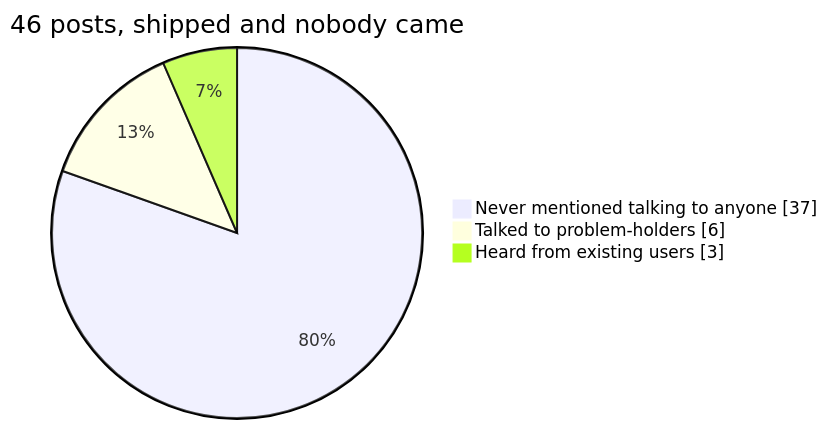
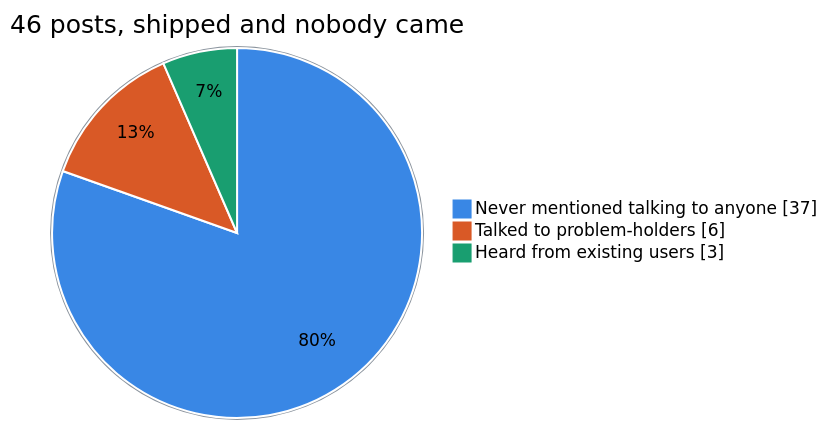
Before and after one commit to haabe/mycelium: the first of 2 diagrams in README.md, drawn with Mermaid. The commit also changed 4 other files, not shown here.

````diff
--- a/README.md
+++ b/README.md
@@ -17,7 +17,8 @@
 ```mermaid
+%%{init: {"themeVariables": {"pie1": "#3987e5", "pie2": "#d95926", "pie3": "#199e70", "pieOpacity": "1", "pieStrokeColor": "#ffffff", "pieStrokeWidth": "2px", "pieOuterStrokeColor": "#8b949e", "pieOuterStrokeWidth": "2px", "pieSectionTextColor": "#000000"}}}%%
 pie showData
     title 46 posts, shipped and nobody came
     "Never mentioned talking to anyone" : 37
     "Talked to problem-holders" : 6
     "Heard from existing users" : 3
 ```
````
